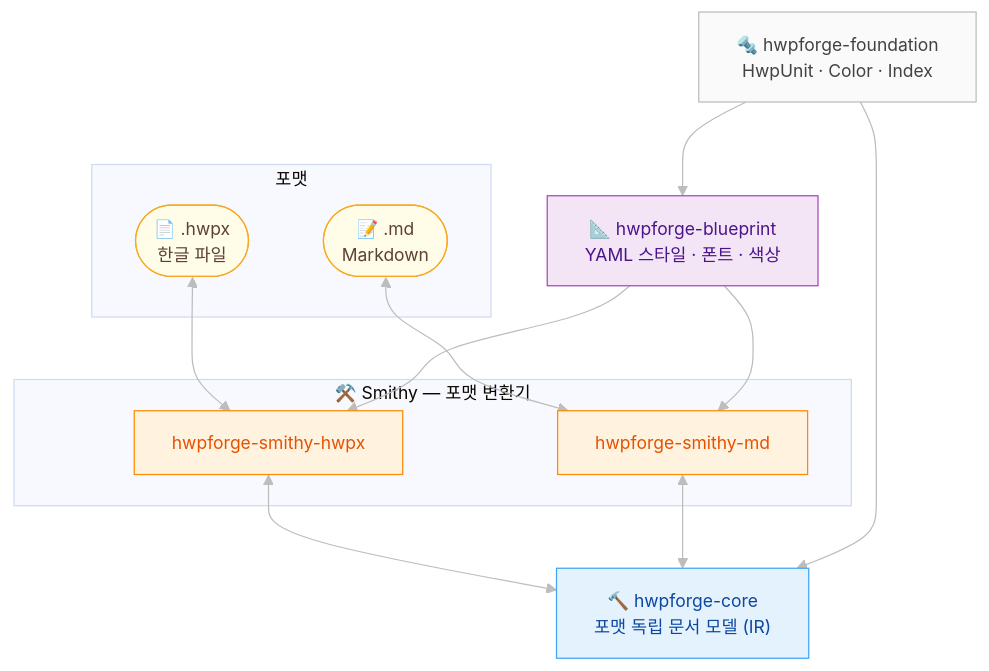
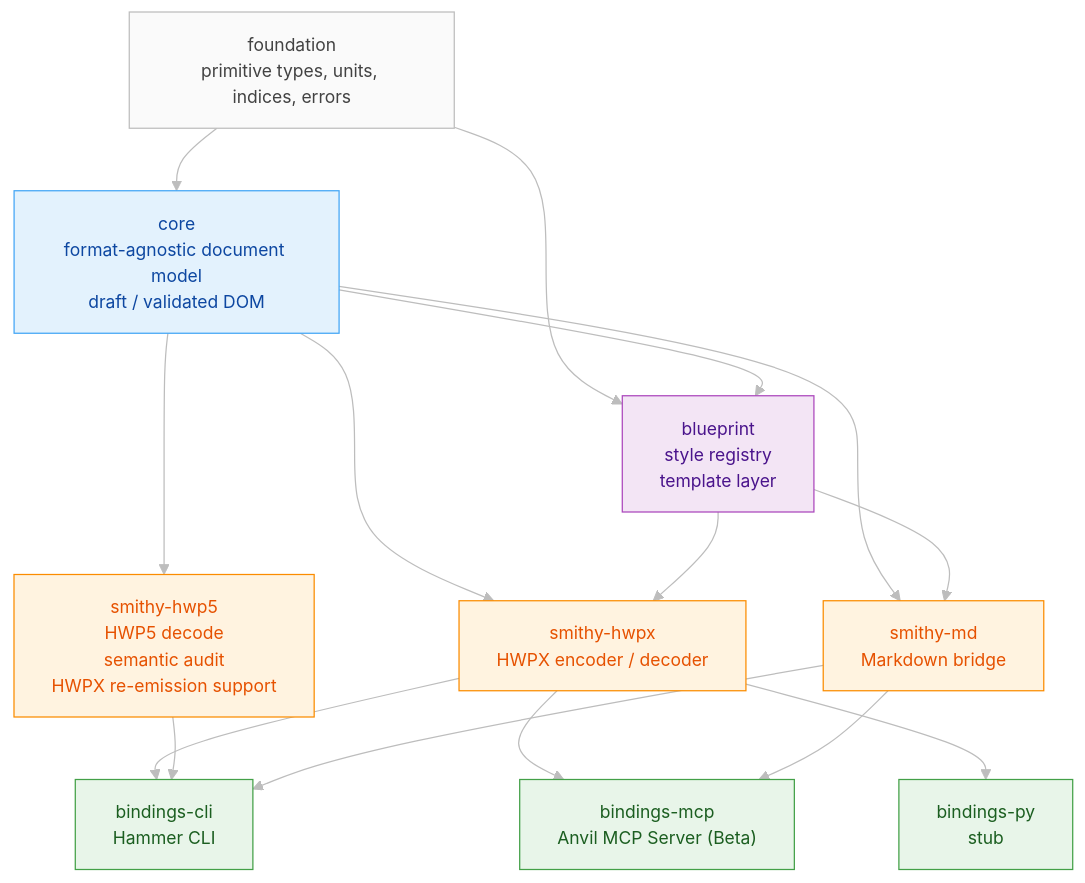
The first of 2 diagrams in README.md (ai-screams/HwpForge), drawn with Mermaid before and after one commit. The commit also changed other lines of this file and 17 other files, not shown here.

````diff
--- a/README.md
+++ b/README.md
@@ -380,29 +391,37 @@
 ```mermaid
 %%{init: {'theme': 'base', 'themeVariables': {'fontSize': '14px', 'lineColor': '#BDBDBD'}}}%%
-flowchart TD
-    subgraph formats["포맷"]
-        HF(["📄 .hwpx<br/>한글 파일"]):::file
-        MF(["📝 .md<br/>Markdown"]):::file
-    end
+flowchart TB
+    F["foundation<br/>primitive types, units, indices, errors"]:::foundation
+    C["core<br/>format-agnostic document model<br/>draft / validated DOM"]:::core
+    B["blueprint<br/>style registry<br/>template layer"]:::blueprint
 
-    subgraph smithy["⚒️ Smithy — 포맷 변환기"]
-        SH["hwpforge-smithy-hwpx"]:::smithy
-        SM["hwpforge-smithy-md"]:::smithy
-    end
+    SHX["smithy-hwpx<br/>HWPX encoder / decoder"]:::smithy
+    SH5["smithy-hwp5<br/>HWP5 decode<br/>semantic audit<br/>HWPX re-emission support"]:::smithy
+    SMD["smithy-md<br/>Markdown bridge"]:::smithy
 
-    C["🔨 hwpforge-core<br/>포맷 독립 문서 모델 (IR)"]:::core
-    BP["📐 hwpforge-blueprint<br/>YAML 스타일 · 폰트 · 색상"]:::blueprint
-    F["🔩 hwpforge-foundation<br/>HwpUnit · Color · Index"]:::foundation
+    CLI["bindings-cli<br/>Hammer CLI"]:::binding
+    MCP["bindings-mcp<br/>Anvil MCP Server (Beta)"]:::binding
+    PY["bindings-py<br/>stub"]:::binding
 
-    HF <--> SH
-    MF <--> SM
-    SH & SM <--> C
-    BP --> SH & SM
-    F --> C & BP
+    F --> C
+    F --> B
+    C --> B
+    C --> SHX
+    C --> SH5
+    C --> SMD
+    B --> SHX
+    B --> SMD
+    SHX --> CLI
+    SH5 --> CLI
+    SMD --> CLI
+    SHX --> MCP
+    SMD --> MCP
+    SHX --> PY
 
     classDef file     fill:#FFFDE7,stroke:#F9A825,color:#5D4037
     classDef smithy   fill:#FFF3E0,stroke:#FB8C00,color:#E65100
     classDef core     fill:#E3F2FD,stroke:#42A5F5,color:#0D47A1
     classDef blueprint fill:#F3E5F5,stroke:#AB47BC,color:#4A148C
     classDef foundation fill:#FAFAFA,stroke:#BDBDBD,color:#424242
+    classDef binding fill:#E8F5E9,stroke:#43A047,color:#1B5E20
 ```
````
